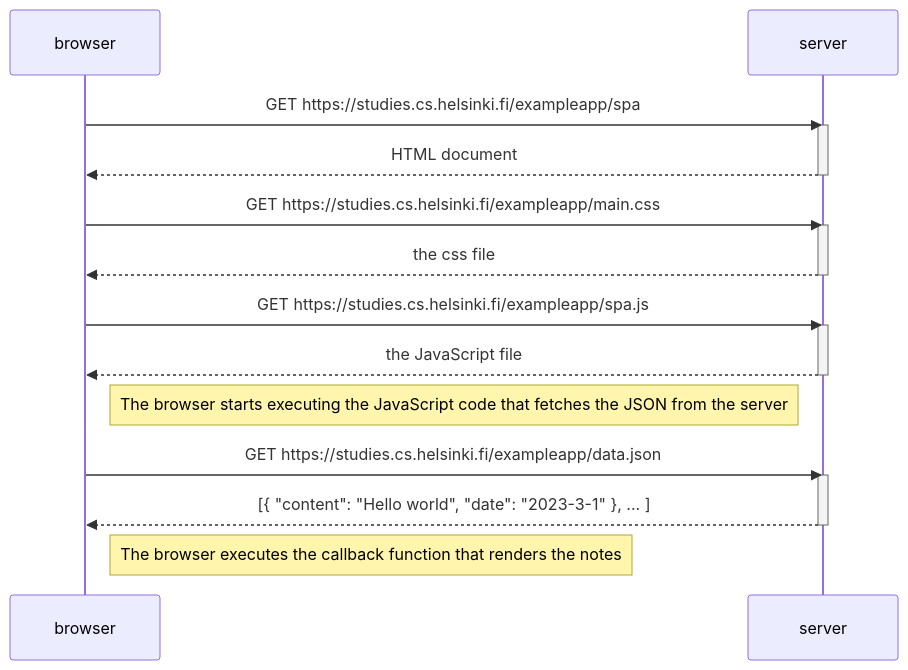
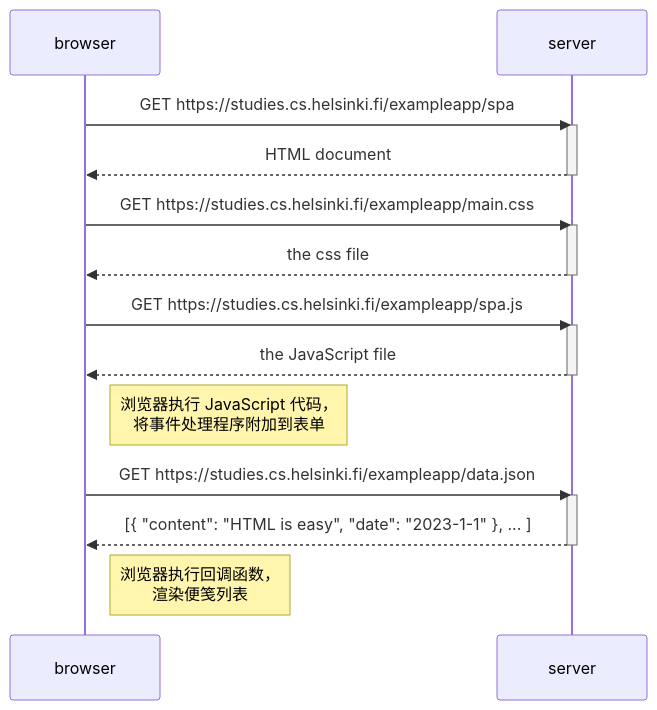
Before and after one commit to fanshuyuebing/full_stack_open: the diagram in part0/0.5/index.md, drawn with Mermaid. The commit also changed 2 other files, not shown here.

````diff
--- a/part0/0.5/index.md
+++ b/part0/0.5/index.md
@@ -1,29 +1,29 @@
 ```mermaid
 sequenceDiagram
-participant browser
-participant server
+    participant browser
+    participant server
 
-browser->>server: GET https://studies.cs.helsinki.fi/exampleapp/spa
-activate server
-server-->>browser: HTML document
-deactivate server
+    browser->>server: GET https://studies.cs.helsinki.fi/exampleapp/spa
+    activate server
+    server-->>browser: HTML document
+    deactivate server
 
-browser->>server: GET https://studies.cs.helsinki.fi/exampleapp/main.css
-activate server
-server-->>browser: the css file
-deactivate server
+    browser->>server: GET https://studies.cs.helsinki.fi/exampleapp/main.css
+    activate server
+    server-->>browser: the css file
+    deactivate server
 
-browser->>server: GET https://studies.cs.helsinki.fi/exampleapp/spa.js
-activate server
-server-->>browser: the JavaScript file
-deactivate server
+    browser->>server: GET https://studies.cs.helsinki.fi/exampleapp/spa.js
+    activate server
+    server-->>browser: the JavaScript file
+    deactivate server
 
-Note right of browser: The browser starts executing the JavaScript code that fetches the JSON from the server
+    Note right of browser: 浏览器执行 JavaScript 代码，<br/>将事件处理程序附加到表单
 
-browser->>server: GET https://studies.cs.helsinki.fi/exampleapp/data.json
-activate server
-server-->>browser: [{ "content": "Hello world", "date": "2023-3-1" }, ... ]
-deactivate server
+    browser->>server: GET https://studies.cs.helsinki.fi/exampleapp/data.json
+    activate server
+    server-->>browser: [{ "content": "HTML is easy", "date": "2023-1-1" }, ... ]
+    deactivate server
 
-Note right of browser: The browser executes the callback function that renders the notes
+    Note right of browser: 浏览器执行回调函数，<br/>渲染便笺列表
 ```
````
